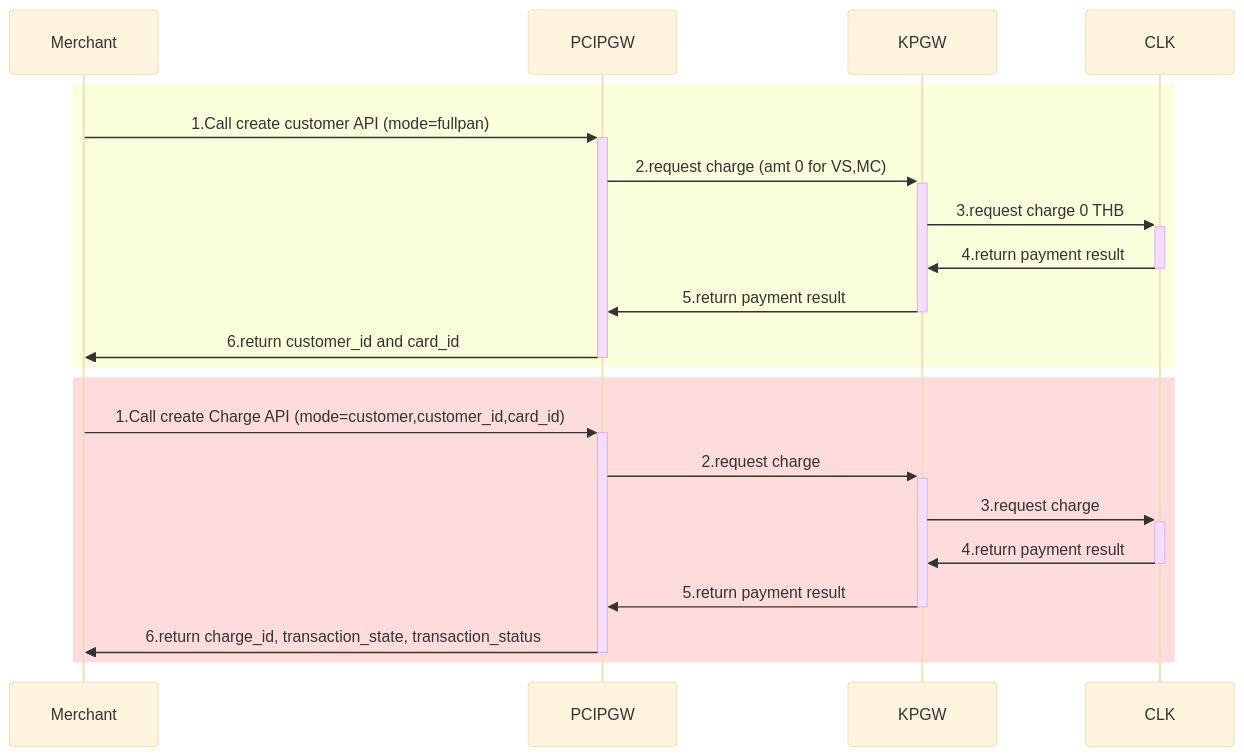
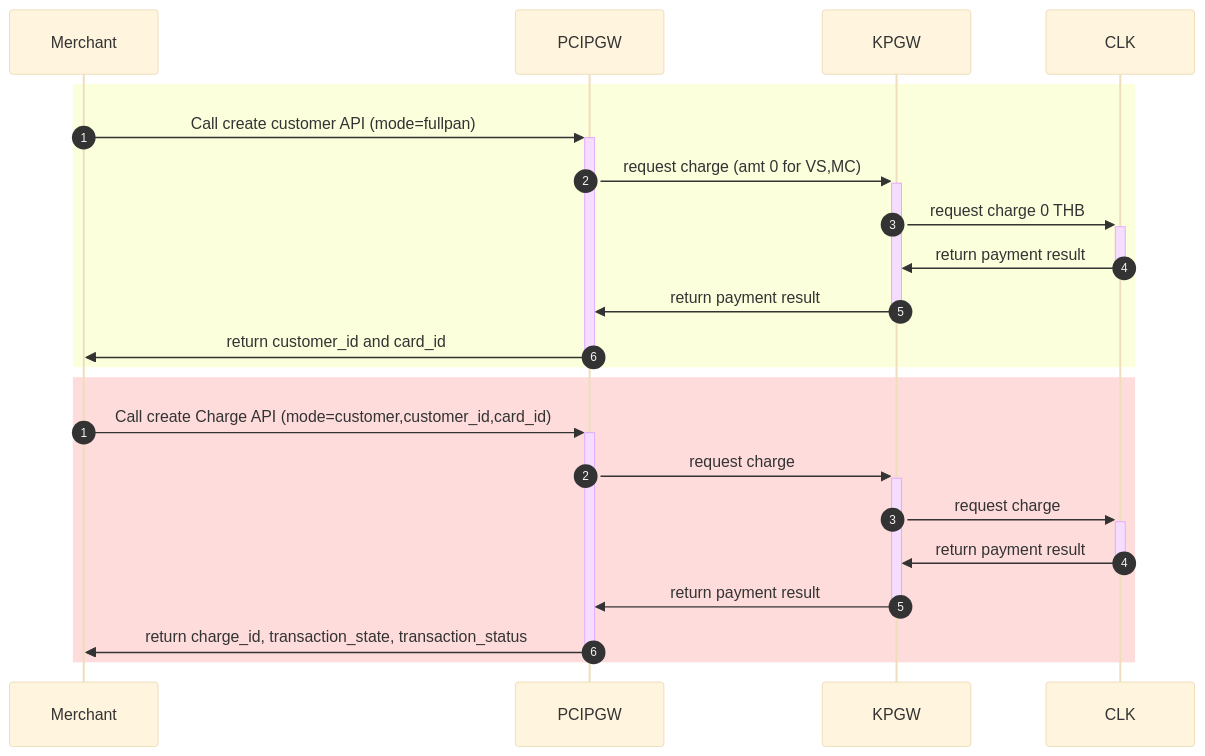
Before and after one commit to yuusuke25/MyNotes: the fifth of 6 diagrams in Cybs-Ph2-Flow1.md, drawn with Mermaid (base theme). The commit also changed other lines of this file, not shown here.

````diff
--- a/Cybs-Ph2-Flow1.md
+++ b/Cybs-Ph2-Flow1.md
@@ -173,21 +186,21 @@
 ```mermaid
     sequenceDiagram
-        
+        autonumber 1
         rect rgb(252, 255, 220)
-            Merchant->>+PCIPGW:1.Call create customer API (mode=fullpan)
-            PCIPGW->>+KPGW:2.request charge (amt 0 for VS,MC)
-            KPGW->>+CLK:3.request charge 0 THB
-            CLK->>-KPGW:4.return payment result
-            KPGW->>-PCIPGW:5.return payment result
-            PCIPGW->>-Merchant:6.return customer_id and card_id
+            Merchant->>+PCIPGW:Call create customer API (mode=fullpan)
+            PCIPGW->>+KPGW:request charge (amt 0 for VS,MC)
+            KPGW->>+CLK:request charge 0 THB
+            CLK->>-KPGW:return payment result
+            KPGW->>-PCIPGW:return payment result
+            PCIPGW->>-Merchant:return customer_id and card_id
         end
-        
+        autonumber 1
         rect rgb(255, 220, 220)
-            Merchant->>+PCIPGW:1.Call create Charge API (mode=customer,customer_id,card_id)
-            PCIPGW->>+KPGW:2.request charge
-            KPGW->>+CLK:3.request charge
-            CLK->>-KPGW:4.return payment result
-            KPGW->>-PCIPGW:5.return payment result
-            PCIPGW->>-Merchant:6.return charge_id, transaction_state, transaction_status
+            Merchant->>+PCIPGW:Call create Charge API (mode=customer,customer_id,card_id)
+            PCIPGW->>+KPGW:request charge
+            KPGW->>+CLK:request charge
+            CLK->>-KPGW:return payment result
+            KPGW->>-PCIPGW:return payment result
+            PCIPGW->>-Merchant:return charge_id, transaction_state, transaction_status
         end
 ```
````
